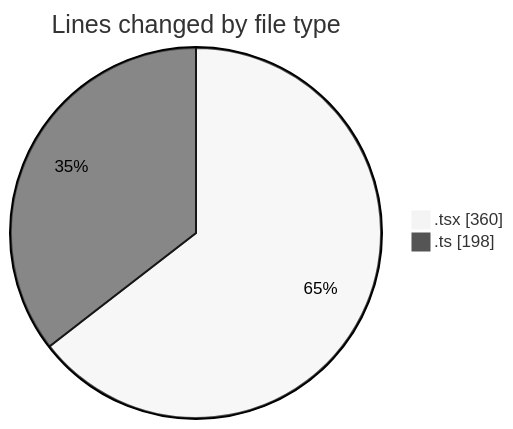
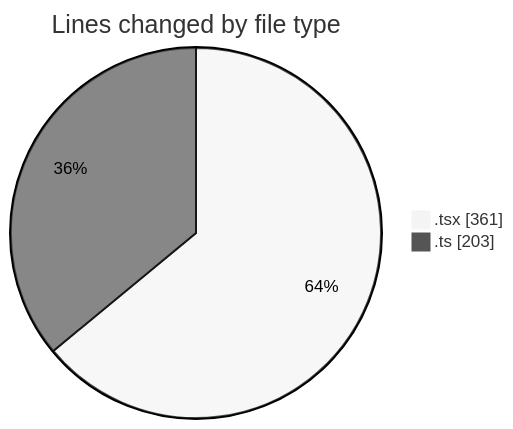
One commit to robertbonfada/code-tracking changed the first of 2 diagrams in 2025-02-19/mbc-web/README.md. Above: the diagram before and after it, drawn with Mermaid (neutral theme). The commit also changed other lines of this file and 1 other file, not shown here.

````diff
--- a/2025-02-19/mbc-web/README.md
+++ b/2025-02-19/mbc-web/README.md
@@ -29,6 +30,6 @@
 ```mermaid
 pie showData
 title Lines changed by file type
-".tsx" : 360
-".ts" : 198
+".tsx" : 361
+".ts" : 203
 ```
````
